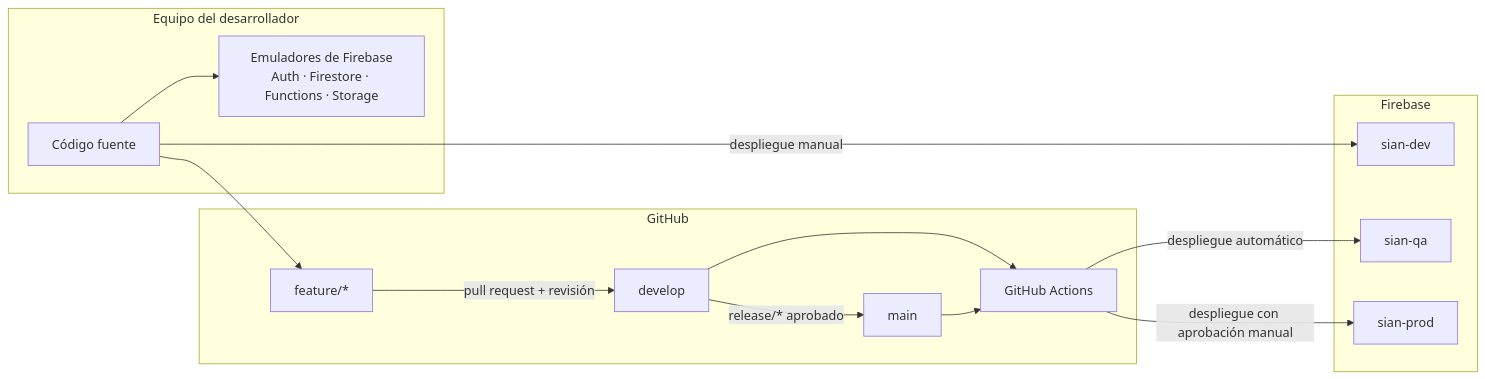
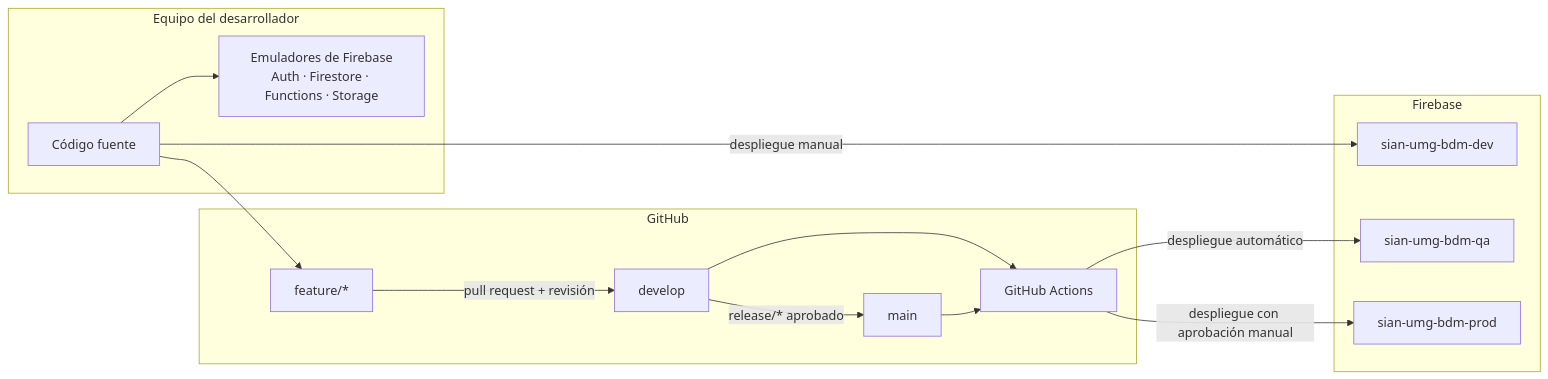
Before and after one commit to eurizara/sian-notificaciones-catedraticos: the fourth of 4 diagrams in docs/02-arquitectura-y-diseno.md, drawn with Mermaid. The commit also changed other lines of this file and 8 other files, not shown here.

First line of the commit message:
docs: convencion de nombres sian-umg-bdm-<ambiente> en los tres proyectos

````diff
--- a/docs/02-arquitectura-y-diseno.md
+++ b/docs/02-arquitectura-y-diseno.md
@@ -215,28 +233,28 @@
 ```mermaid
 flowchart LR
     subgraph Local["Equipo del desarrollador"]
         EMU["Emuladores de Firebase<br/>Auth · Firestore · Functions · Storage"]
         CODE["Código fuente"]
     end
     subgraph GH["GitHub"]
         FEAT["feature/*"]
         DEV["develop"]
         MAIN["main"]
         CI["GitHub Actions"]
     end
     subgraph FB["Firebase"]
-        D["sian-dev"]
-        Q["sian-qa"]
-        PR["sian-prod"]
+        D["sian-umg-bdm-dev"]
+        Q["sian-umg-bdm-qa"]
+        PR["sian-umg-bdm-prod"]
     end
 
     CODE --> EMU
     CODE --> FEAT
     FEAT -->|"pull request + revisión"| DEV
     DEV -->|"release/* aprobado"| MAIN
     DEV --> CI
     MAIN --> CI
     CI -->|"despliegue automático"| Q
     CI -->|"despliegue con aprobación manual"| PR
     CODE -->|"despliegue manual"| D
 ```
````
